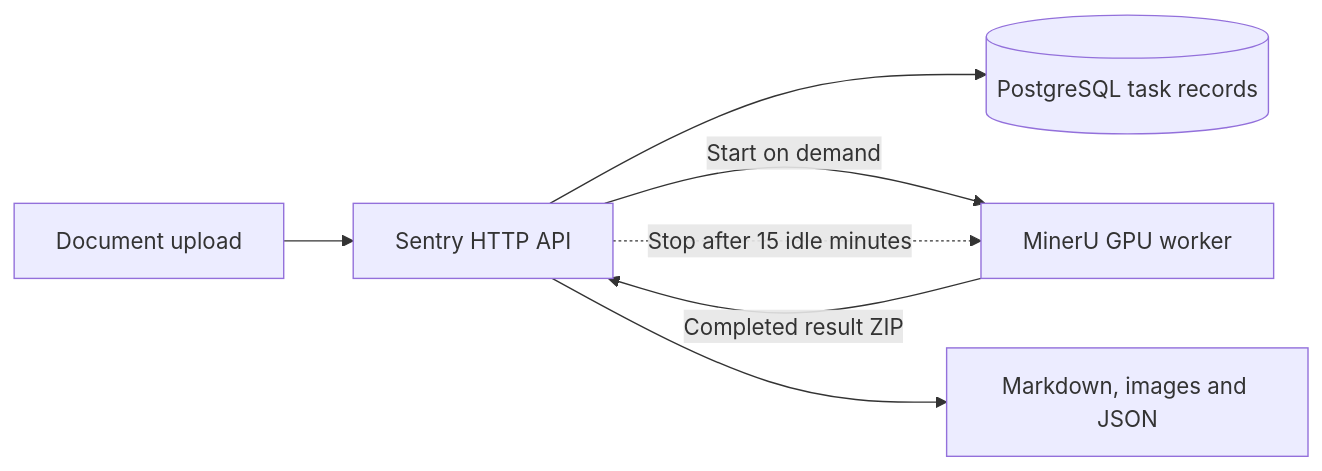
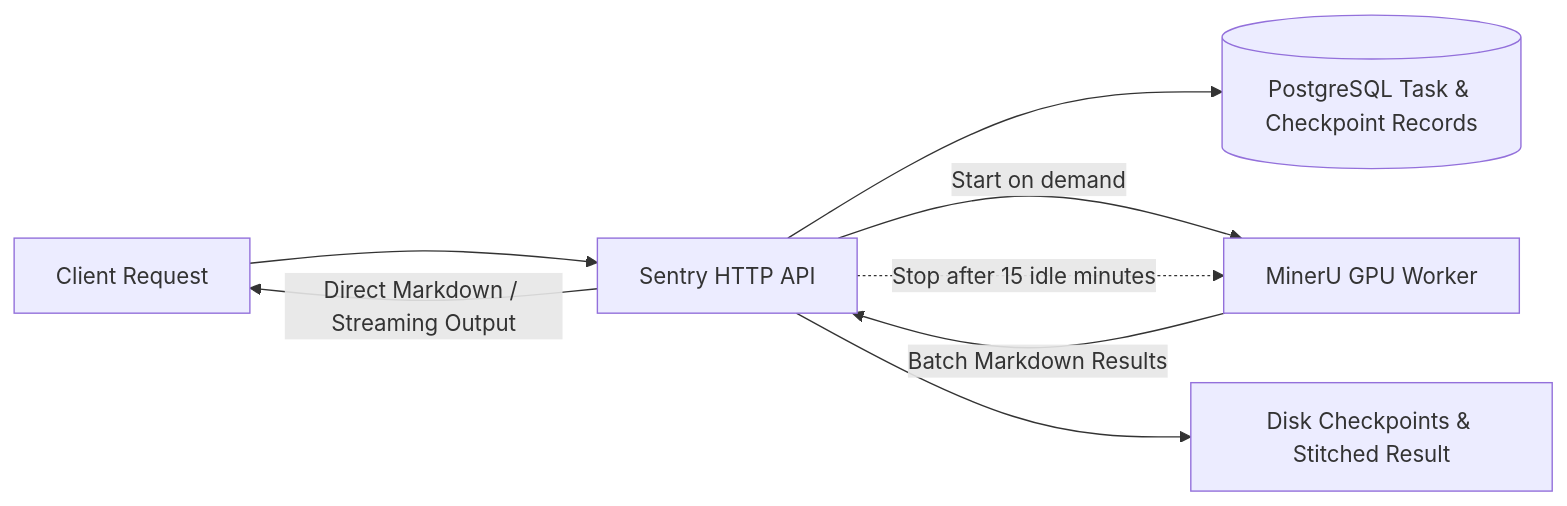
Before and after one commit to xuanxing-ai/mineru-sentry: the diagram in README.md, drawn with Mermaid. The commit also changed other lines of this file, not shown here.

First line of the commit message:
docs: document direct markdown parsing streaming and breakpoint recovery

````diff
--- a/README.md
+++ b/README.md
@@ -9,9 +9,10 @@
 ```mermaid
 flowchart LR
-    Client[Document upload] --> Sentry[Sentry HTTP API]
-    Sentry --> DB[(PostgreSQL task records)]
-    Sentry -->|Start on demand| Worker[MinerU GPU worker]
-    Worker -->|Completed result ZIP| Sentry
-    Sentry --> Files[Markdown, images and JSON]
+    Client[Client Request] --> Sentry[Sentry HTTP API]
+    Sentry --> DB[(PostgreSQL Task & Checkpoint Records)]
+    Sentry -->|Start on demand| Worker[MinerU GPU Worker]
+    Worker -->|Batch Markdown Results| Sentry
+    Sentry --> Files[Disk Checkpoints & Stitched Result]
+    Sentry -->|Direct Markdown / Streaming Output| Client
     Sentry -.->|Stop after 15 idle minutes| Worker
 ```
````
